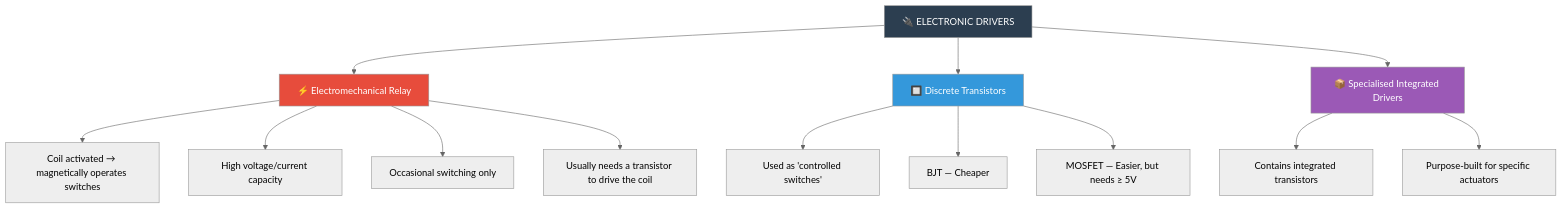
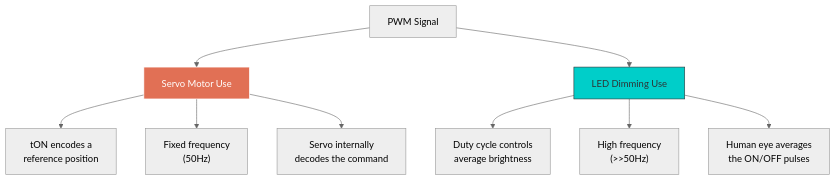
Before and after one commit to affaanq/University-Year1-Notes: the seventh of 13 diagrams in 00_Inbox/01_University/Practical_Computing/Labs/04_Labs.md, drawn with Mermaid (neutral theme). The commit also changed other lines of this file and 2 other files, not shown here.

````diff
--- a/00_Inbox/01_University/Practical_Computing/Labs/04_Labs.md
+++ b/00_Inbox/01_University/Practical_Computing/Labs/04_Labs.md
@@ -284,25 +400,16 @@
 ```mermaid
 graph TD
-    ED["🔌 ELECTRONIC DRIVERS"]
-    
-    ED --> RLY["⚡ Electromechanical Relay"]
-    ED --> TRN["🔲 Discrete Transistors"]
-    ED --> INT["📦 Specialised Integrated Drivers"]
-    
-    RLY --> RN1["Coil activated → magnetically operates switches"]
-    RLY --> RN2["High voltage/current capacity"]
-    RLY --> RN3["Occasional switching only"]
-    RLY --> RN4["Usually needs a transistor to drive the coil"]
-    
-    TRN --> TN1["Used as 'controlled switches'"]
-    TRN --> BJT["BJT — Cheaper"]
-    TRN --> MOS["MOSFET — Easier, but needs ≥ 5V"]
-    
-    INT --> IN1["Contains integrated transistors"]
-    INT --> IN2["Purpose-built for specific actuators"]
-    
-    style ED fill:#2c3e50,color:#fff
-    style RLY fill:#e74c3c,color:#fff
-    style TRN fill:#3498db,color:#fff
-    style INT fill:#9b59b6,color:#fff
+    PWM["PWM Signal"] --> SERVO_USE["Servo Motor Use"]
+    PWM --> LED_USE["LED Dimming Use"]
+
+    SERVO_USE --> SV1["tON encodes a\nreference position"]
+    SERVO_USE --> SV2["Fixed frequency\n(50Hz)"]
+    SERVO_USE --> SV3["Servo internally\ndecodes the command"]
+
+    LED_USE --> LD1["Duty cycle controls\naverage brightness"]
+    LED_USE --> LD2["High frequency\n(>>50Hz)"]
+    LED_USE --> LD3["Human eye averages\nthe ON/OFF pulses"]
+
+    style SERVO_USE fill:#e17055,stroke:#fff,color:#fff
+    style LED_USE fill:#00cec9,stroke:#2d3436,color:#2d3436
 ```
````
